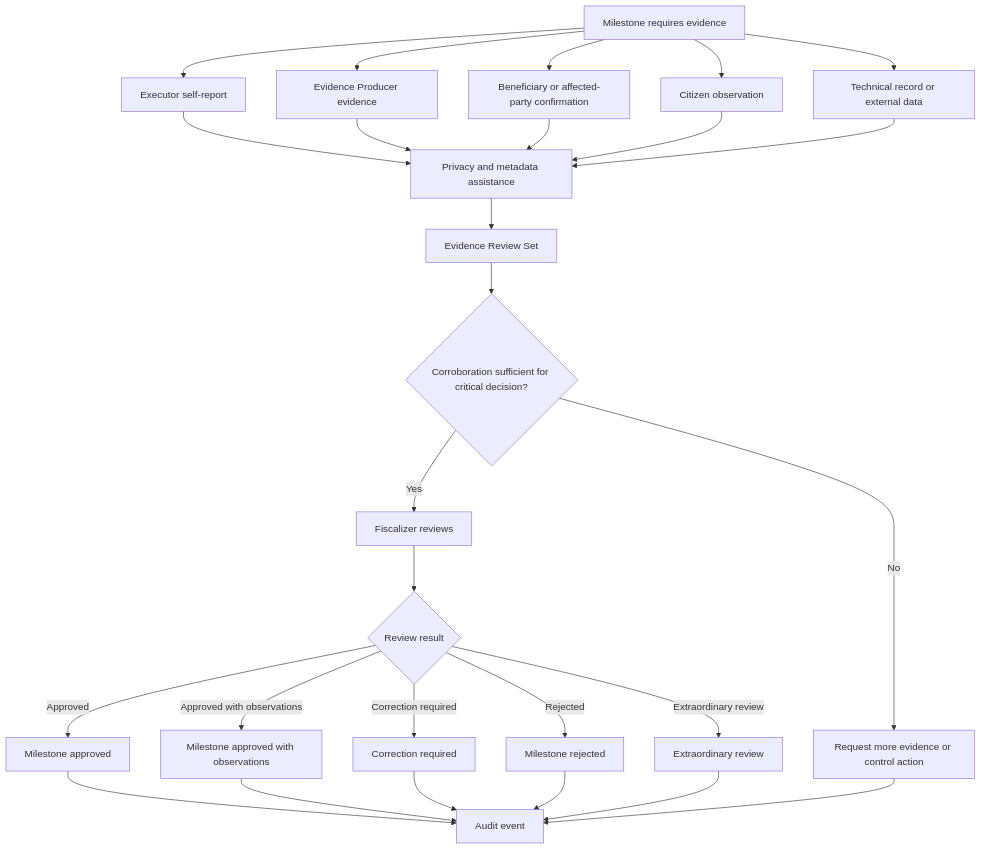
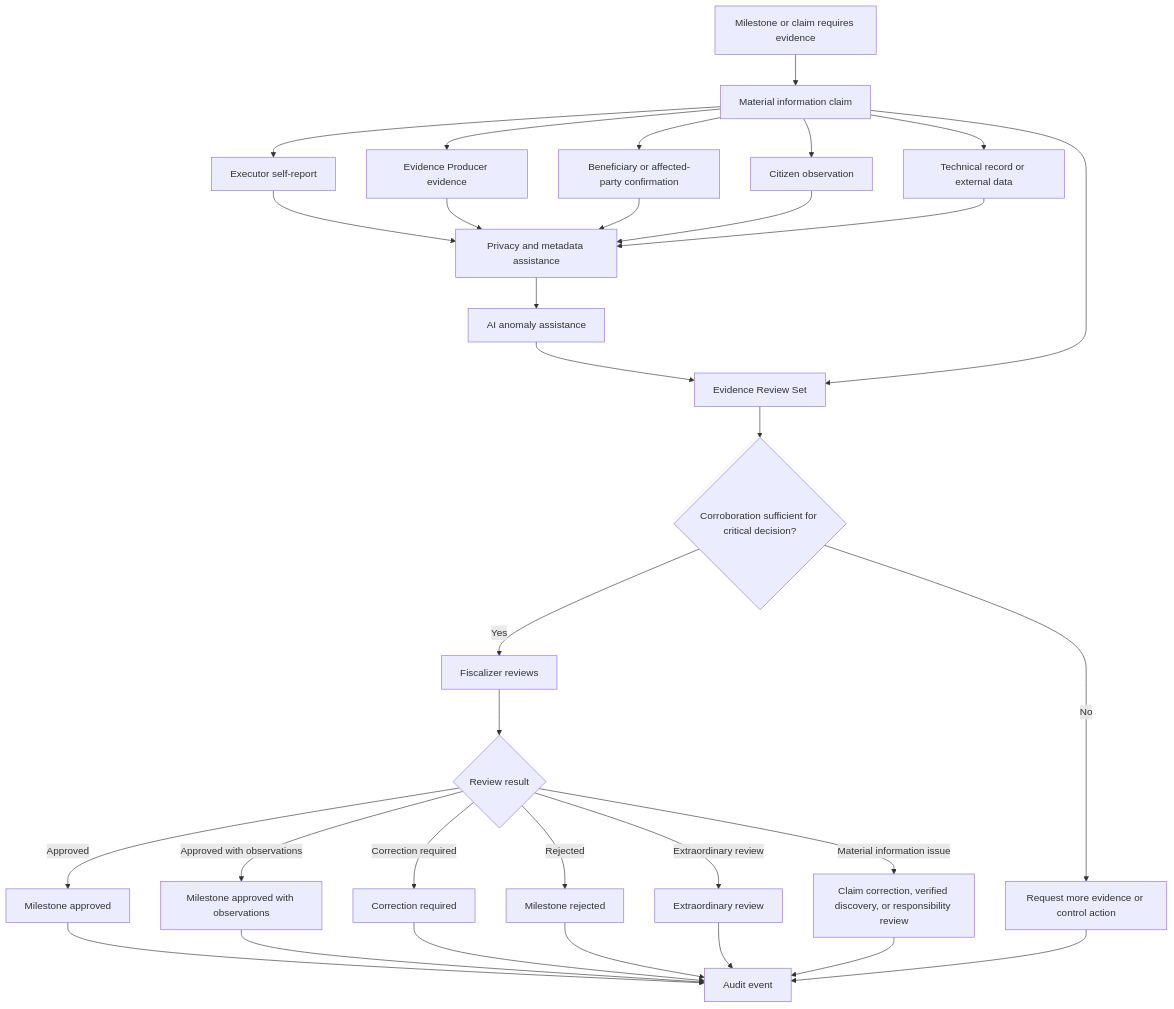
The diagram in docs/diagrams/v0-evidence-fiscalization.md (moffermann/distributed-governance-research), drawn with Mermaid before and after one commit. The commit also changed other lines of this file and 17 other files, not shown here.

````diff
--- a/docs/diagrams/v0-evidence-fiscalization.md
+++ b/docs/diagrams/v0-evidence-fiscalization.md
@@ -9,34 +9,39 @@
 ```mermaid
 flowchart TD
-    M[Milestone requires evidence]
-    M --> E1[Executor self-report]
-    M --> E2[Evidence Producer evidence]
-    M --> E3[Beneficiary or affected-party confirmation]
-    M --> E4[Citizen observation]
-    M --> E5[Technical record or external data]
+    M[Milestone or claim requires evidence]
+    M --> MC[Material information claim]
+    MC --> E1[Executor self-report]
+    MC --> E2[Evidence Producer evidence]
+    MC --> E3[Beneficiary or affected-party confirmation]
+    MC --> E4[Citizen observation]
+    MC --> E5[Technical record or external data]
 
     E1 --> PR[Privacy and metadata assistance]
     E2 --> PR
     E3 --> PR
     E4 --> PR
     E5 --> PR
 
-    PR --> ER[Evidence Review Set]
+    PR --> AI[AI anomaly assistance]
+    AI --> ER[Evidence Review Set]
+    MC --> ER
     ER --> CV{Corroboration sufficient for critical decision?}
     CV -->|No| RQ[Request more evidence or control action]
     CV -->|Yes| F[Fiscalizer reviews]
 
     F --> R{Review result}
     R -->|Approved| A[Milestone approved]
     R -->|Approved with observations| AO[Milestone approved with observations]
     R -->|Correction required| C[Correction required]
     R -->|Rejected| RJ[Milestone rejected]
     R -->|Extraordinary review| X[Extraordinary review]
+    R -->|Material information issue| IR[Claim correction, verified discovery, or responsibility review]
 
     A --> AE[Audit event]
     AO --> AE
     C --> AE
     RJ --> AE
     X --> AE
+    IR --> AE
     RQ --> AE
 ```
````
